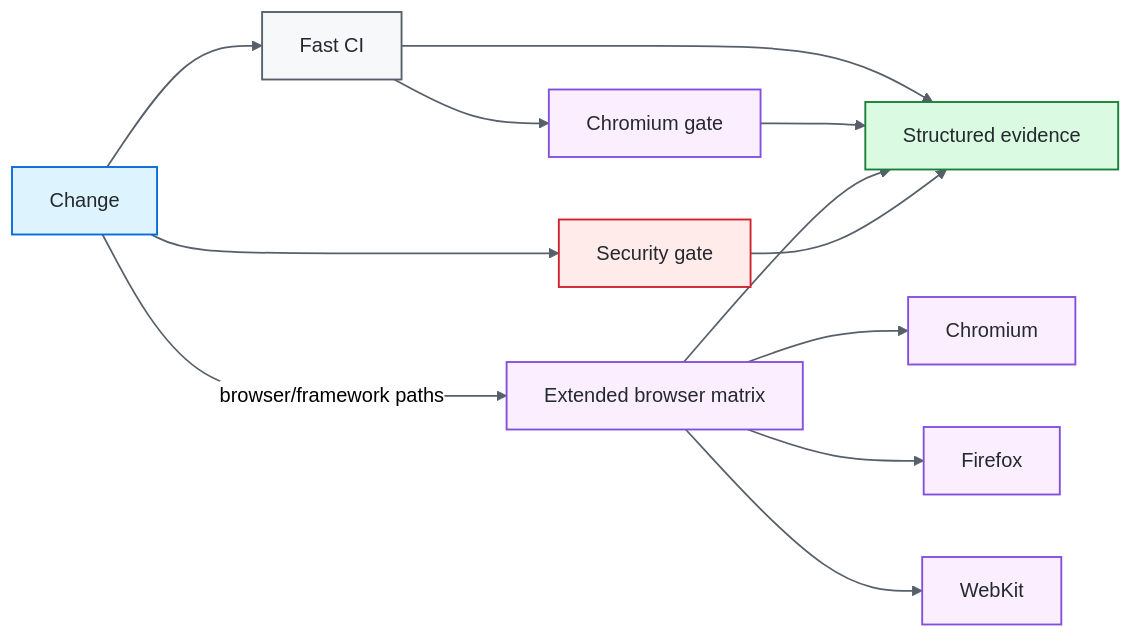
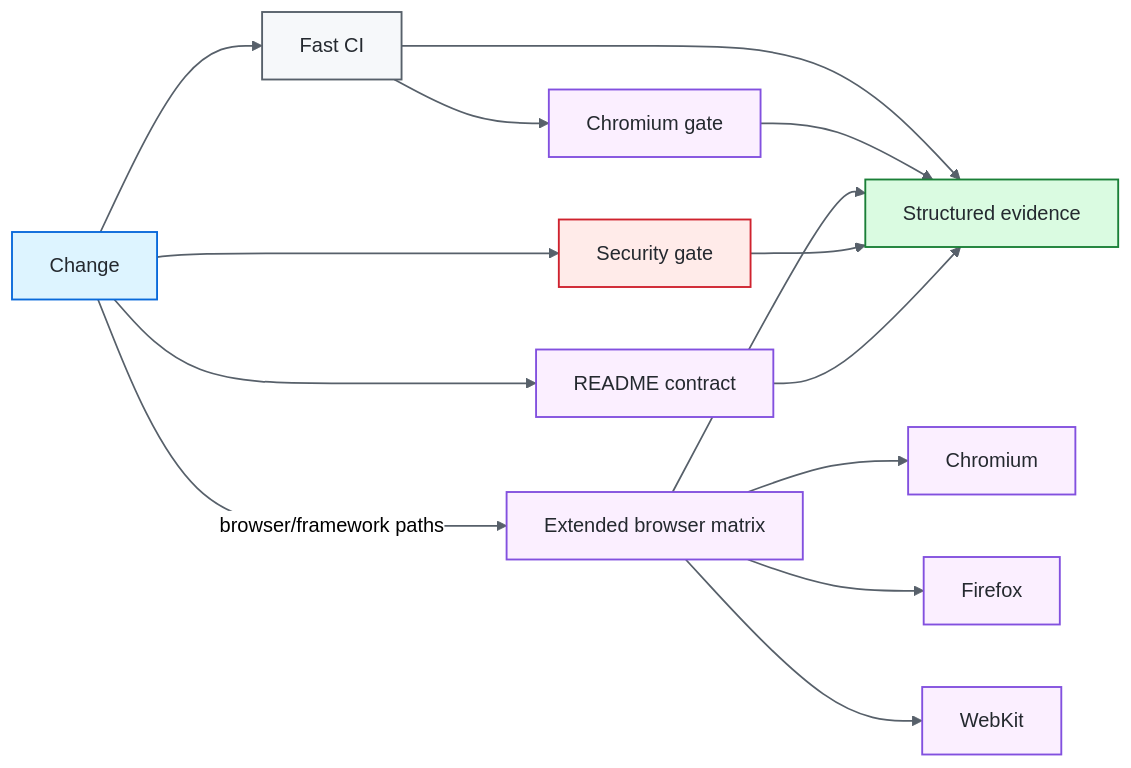
The first of 3 diagrams in README.md (portyu9/qa-automation-python-pytest), drawn with Mermaid (neutral theme) before and after one commit. The commit also changed other lines of this file, not shown here.

````diff
--- a/README.md
+++ b/README.md
@@ -37,26 +39,28 @@
 ```mermaid
 flowchart LR
     CHANGE[Change] --> FAST[Fast CI]
     CHANGE --> SEC[Security gate]
+    CHANGE --> DOCS[README contract]
     FAST --> BROWSER[Chromium gate]
     CHANGE -->|browser/framework paths| EXT[Extended browser matrix]
     EXT --> CH[Chromium]
     EXT --> FF[Firefox]
     EXT --> WK[WebKit]
     FAST --> OBS[Structured evidence]
     BROWSER --> OBS
     EXT --> OBS
     SEC --> OBS
+    DOCS --> OBS
 
     classDef entry fill:#ddf4ff,stroke:#0969da,color:#24292f,stroke-width:1.5px;
     classDef core fill:#f6f8fa,stroke:#57606a,color:#24292f,stroke-width:1.5px;
     classDef gate fill:#fbefff,stroke:#8250df,color:#24292f,stroke-width:1.5px;
     classDef evidence fill:#dafbe1,stroke:#1a7f37,color:#24292f,stroke-width:1.5px;
     classDef security fill:#ffebe9,stroke:#cf222e,color:#24292f,stroke-width:1.5px;
     class CHANGE entry;
     class FAST core;
-    class BROWSER,EXT,CH,FF,WK gate;
+    class BROWSER,EXT,CH,FF,WK,DOCS gate;
     class SEC security;
     class OBS evidence;
     linkStyle default stroke:#57606a,stroke-width:1.4px;
 ```
````
